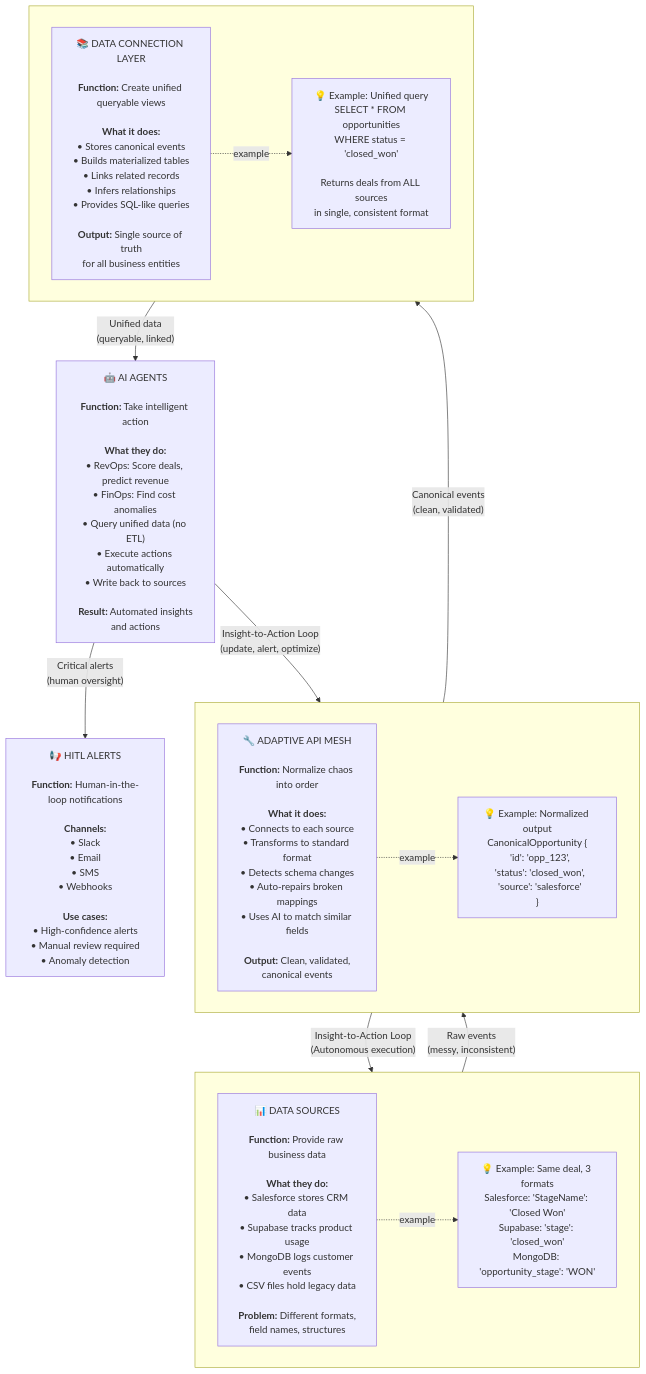
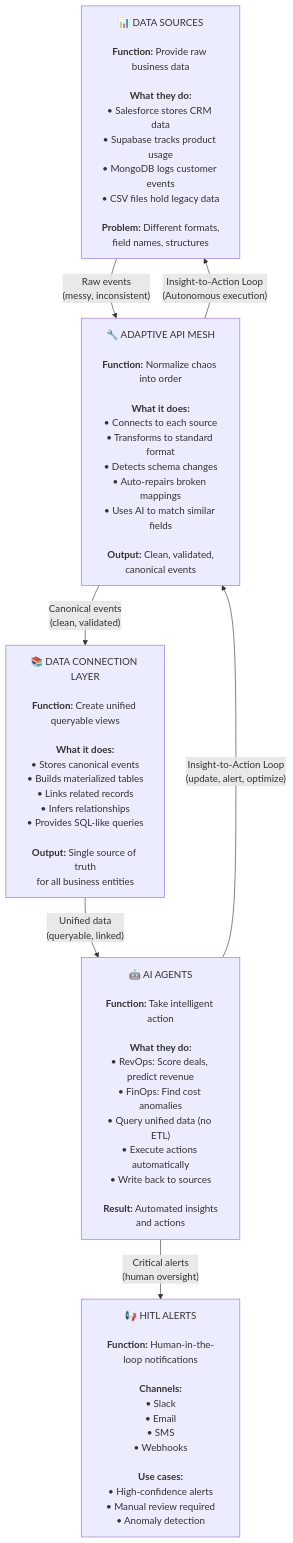
Before and after one commit to ilyacantor/autonomos-platform: the first of 9 diagrams in ARCHITECTURE.md, drawn with Mermaid. The commit also changed 2 other files, not shown here.

Commit message:
Restored to '16d84c4966fe689bc6ddafb3a7cf8ef0915e17c2'
Replit-Restored-To: 16d84c4966fe689bc6ddafb3a7cf8ef0915e17c2

````diff
--- a/ARCHITECTURE.md
+++ b/ARCHITECTURE.md
@@ -21,34 +21,19 @@
 ```mermaid
 flowchart TB
-    subgraph layer1[" "]
-        direction LR
-        DS["📊 DATA SOURCES<br/><br/><b>Function:</b> Provide raw business data<br/><br/><b>What they do:</b><br/>• Salesforce stores CRM data<br/>• Supabase tracks product usage<br/>• MongoDB logs customer events<br/>• CSV files hold legacy data<br/><br/><b>Problem:</b> Different formats,<br/>field names, structures"]
-        DS_EX["💡 Example: Same deal, 3 formats<br/>Salesforce: 'StageName': 'Closed Won'<br/>Supabase: 'stage': 'closed_won'<br/>MongoDB: 'opportunity_stage': 'WON'"]
-        DS -.->|"example"| DS_EX
-    end
+    DS["📊 DATA SOURCES<br/><br/><b>Function:</b> Provide raw business data<br/><br/><b>What they do:</b><br/>• Salesforce stores CRM data<br/>• Supabase tracks product usage<br/>• MongoDB logs customer events<br/>• CSV files hold legacy data<br/><br/><b>Problem:</b> Different formats,<br/>field names, structures"]
     
-    subgraph layer2[" "]
-        direction LR
-        AAM["🔧 ADAPTIVE API MESH<br/><br/><b>Function:</b> Normalize chaos into order<br/><br/><b>What it does:</b><br/>• Connects to each source<br/>• Transforms to standard format<br/>• Detects schema changes<br/>• Auto-repairs broken mappings<br/>• Uses AI to match similar fields<br/><br/><b>Output:</b> Clean, validated,<br/>canonical events"]
-        AAM_EX["💡 Example: Normalized output<br/>CanonicalOpportunity {<br/>  'id': 'opp_123',<br/>  'status': 'closed_won',<br/>  'source': 'salesforce'<br/>}"]
-        AAM -.->|"example"| AAM_EX
-    end
+    AAM["🔧 ADAPTIVE API MESH<br/><br/><b>Function:</b> Normalize chaos into order<br/><br/><b>What it does:</b><br/>• Connects to each source<br/>• Transforms to standard format<br/>• Detects schema changes<br/>• Auto-repairs broken mappings<br/>• Uses AI to match similar fields<br/><br/><b>Output:</b> Clean, validated,<br/>canonical events"]
     
-    subgraph layer3[" "]
-        direction LR
-        DCL["📚 DATA CONNECTION LAYER<br/><br/><b>Function:</b> Create unified queryable views<br/><br/><b>What it does:</b><br/>• Stores canonical events<br/>• Builds materialized tables<br/>• Links related records<br/>• Infers relationships<br/>• Provides SQL-like queries<br/><br/><b>Output:</b> Single source of truth<br/>for all business entities"]
-        DCL_EX["💡 Example: Unified query<br/>SELECT * FROM opportunities<br/>WHERE status = 'closed_won'<br/><br/>Returns deals from ALL sources<br/>in single, consistent format"]
-        DCL -.->|"example"| DCL_EX
-    end
+    DCL["📚 DATA CONNECTION LAYER<br/><br/><b>Function:</b> Create unified queryable views<br/><br/><b>What it does:</b><br/>• Stores canonical events<br/>• Builds materialized tables<br/>• Links related records<br/>• Infers relationships<br/>• Provides SQL-like queries<br/><br/><b>Output:</b> Single source of truth<br/>for all business entities"]
     
     AGENTS["🤖 AI AGENTS<br/><br/><b>Function:</b> Take intelligent action<br/><br/><b>What they do:</b><br/>• RevOps: Score deals, predict revenue<br/>• FinOps: Find cost anomalies<br/>• Query unified data (no ETL)<br/>• Execute actions automatically<br/>• Write back to sources<br/><br/><b>Result:</b> Automated insights<br/>and actions"]
     
     HITL["📢 HITL ALERTS<br/><br/><b>Function:</b> Human-in-the-loop notifications<br/><br/><b>Channels:</b><br/>• Slack<br/>• Email<br/>• SMS<br/>• Webhooks<br/><br/><b>Use cases:</b><br/>• High-confidence alerts<br/>• Manual review required<br/>• Anomaly detection"]
     
     DS -->|"Raw events<br/>(messy, inconsistent)"| AAM
     AAM -->|"Canonical events<br/>(clean, validated)"| DCL
     DCL -->|"Unified data<br/>(queryable, linked)"| AGENTS
     AGENTS -->|"Insight-to-Action Loop<br/>(update, alert, optimize)"| AAM
     AAM -->|"Insight-to-Action Loop<br/>(Autonomous execution)"| DS
     AGENTS -->|"Critical alerts<br/>(human oversight)"| HITL
 ```
````
